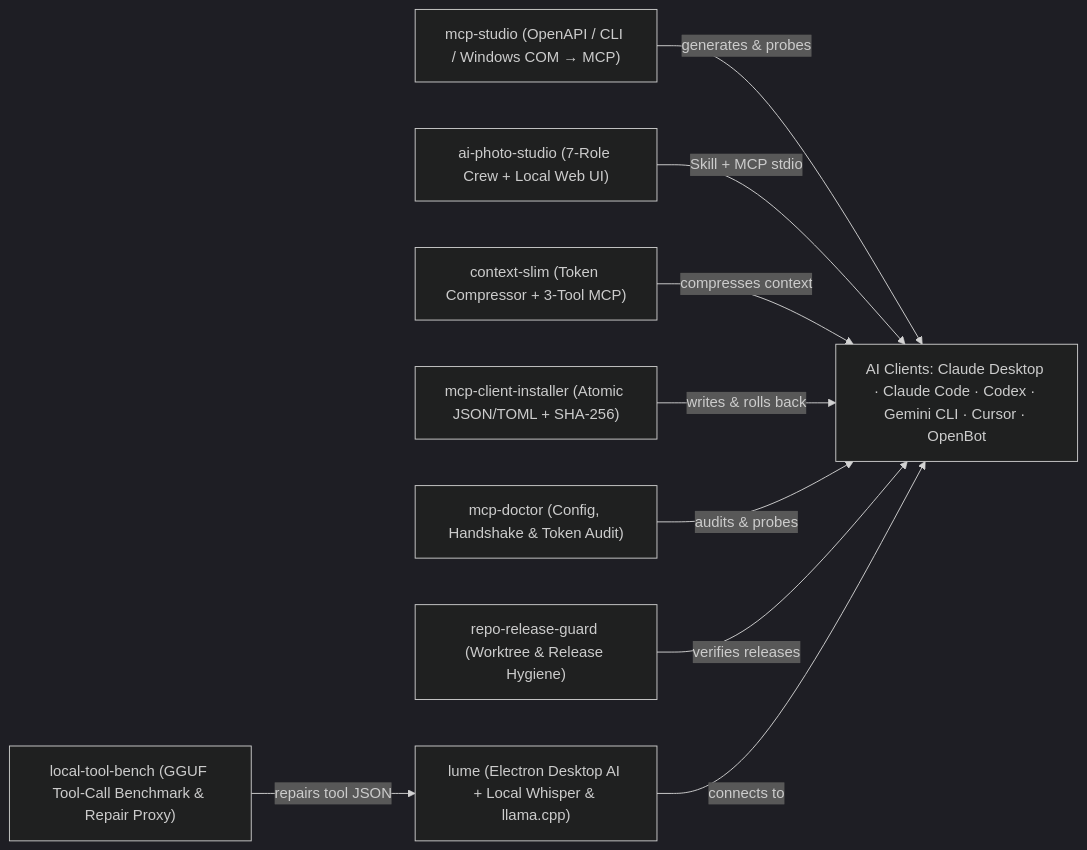
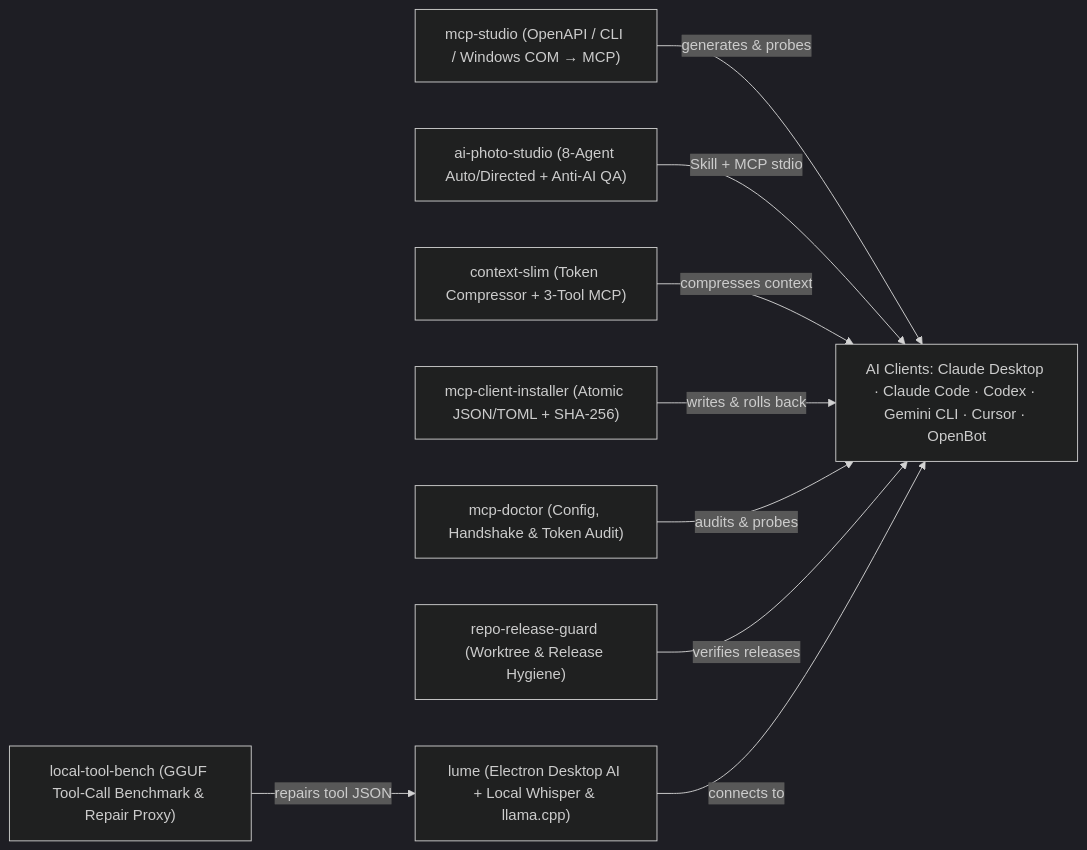
The diagram in README.md (deusbr/deusbr), drawn with Mermaid (dark theme) before and after one commit. The commit also changed other lines of this file, not shown here.

Commit message:
docs: update ai-photo-studio summary to v2.0.0 8-agent autonomous/directed studio

````diff
--- a/README.md
+++ b/README.md
@@ -65,21 +65,21 @@
 ```mermaid
 flowchart LR
   Clients["AI Clients: Claude Desktop · Claude Code · Codex · Gemini CLI · Cursor · OpenBot"]
   McpStudio["mcp-studio (OpenAPI / CLI / Windows COM → MCP)"]
-  PhotoStudio["ai-photo-studio (7-Role Crew + Local Web UI)"]
+  PhotoStudio["ai-photo-studio (8-Agent Auto/Directed + Anti-AI QA)"]
   ContextSlim["context-slim (Token Compressor + 3-Tool MCP)"]
   Installer["mcp-client-installer (Atomic JSON/TOML + SHA-256)"]
   Doctor["mcp-doctor (Config, Handshake & Token Audit)"]
   Guard["repo-release-guard (Worktree & Release Hygiene)"]
   Lume["lume (Electron Desktop AI + Local Whisper & llama.cpp)"]
   Bench["local-tool-bench (GGUF Tool-Call Benchmark & Repair Proxy)"]
 
   McpStudio -->|"generates & probes"| Clients
   PhotoStudio -->|"Skill + MCP stdio"| Clients
   ContextSlim -->|"compresses context"| Clients
   Installer -->|"writes & rolls back"| Clients
   Doctor -->|"audits & probes"| Clients
   Guard -->|"verifies releases"| Clients
   Lume -->|"connects to"| Clients
   Bench -->|"repairs tool JSON"| Lume
 ```
````
